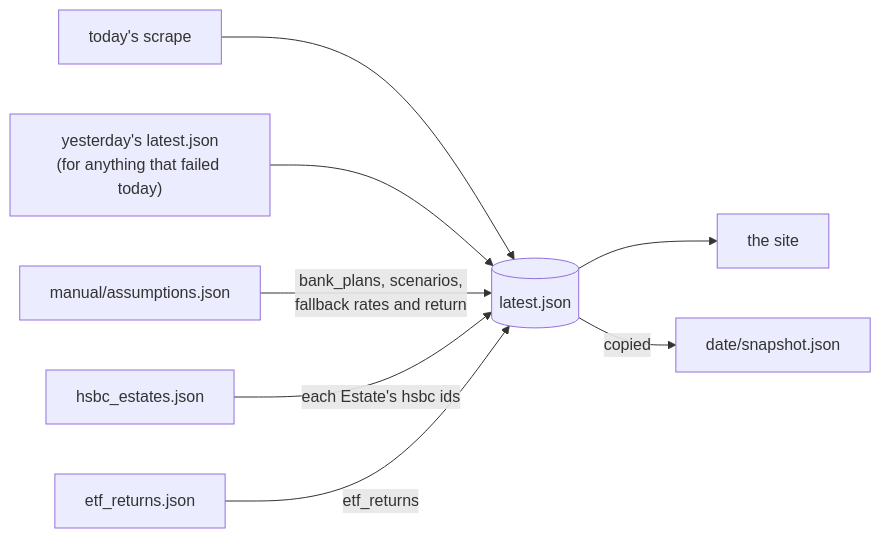
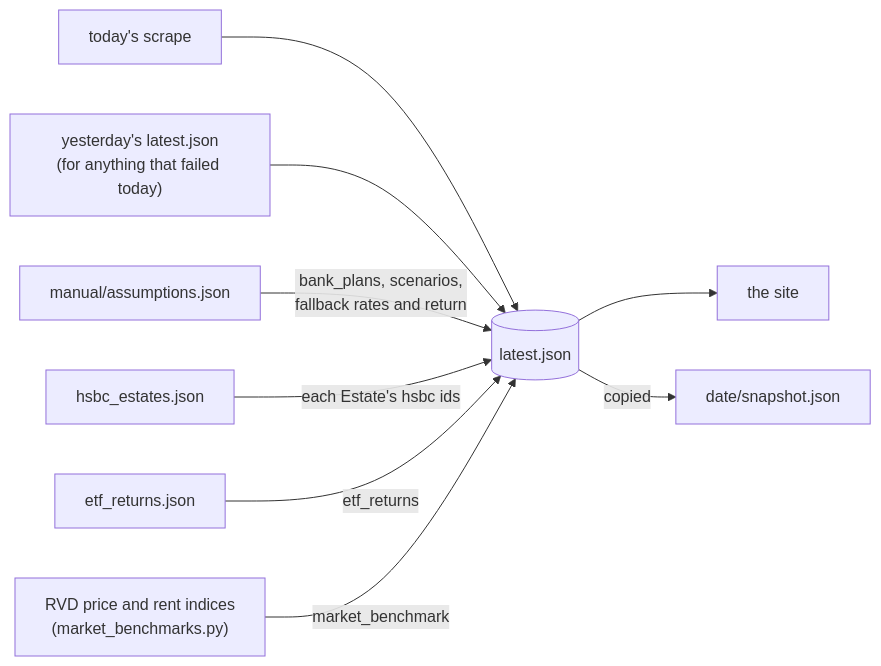
One commit to LoHK2016/ECON3086-RentOrOwn changed the diagram in data/README.md. Above: the diagram before and after it, drawn with Mermaid. The commit also changed other lines of this file and 22 other files, not shown here.

Commit message:
Build Market Scenarios for every Horizon in Python from the RVD forecast

````diff
--- a/data/README.md
+++ b/data/README.md
@@ -16,10 +16,11 @@
 ```mermaid
 flowchart LR
     SCR["today's scrape"] --> L[("latest.json")]
     PREV["yesterday's latest.json<br/>(for anything that failed today)"] --> L
     MAN["manual/assumptions.json"] -->|"bank_plans, scenarios,<br/>fallback rates and return"| L
     HS["hsbc_estates.json"] -->|"each Estate's hsbc ids"| L
     ETF["etf_returns.json"] -->|"etf_returns"| L
+    RVD["RVD price and rent indices<br/>(market_benchmarks.py)"] -->|"market_benchmark"| L
     L --> SITE["the site"]
     L -->|"copied"| DAY["date/snapshot.json"]
 ```
````
